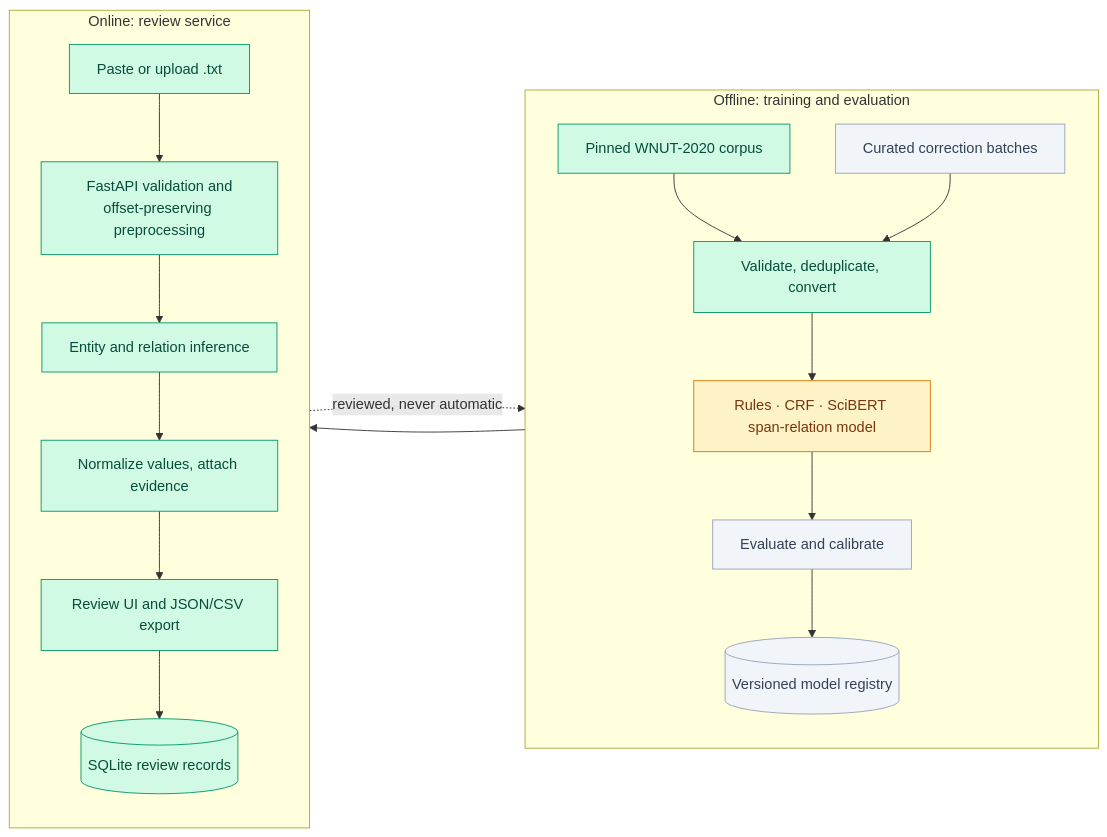
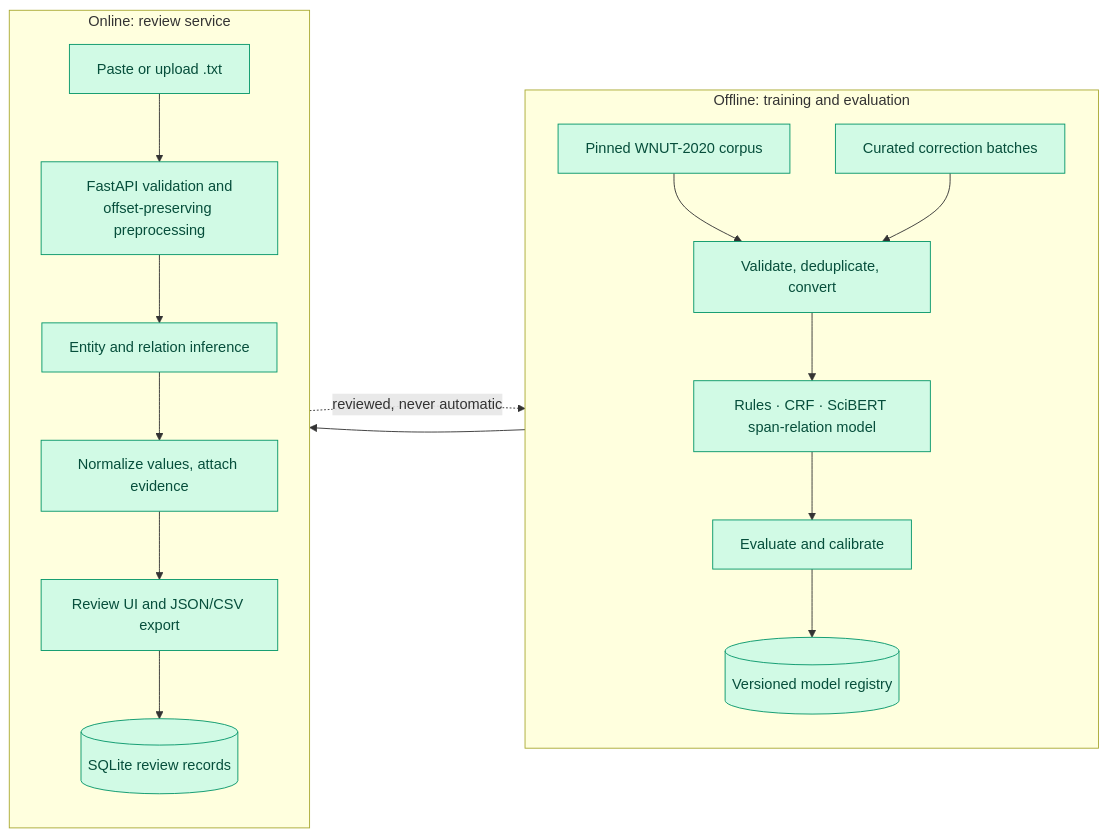
One commit to professor3333/ProtocolLedger changed the diagram in README.md. Above: the diagram before and after it, drawn with Mermaid. The commit also changed other lines of this file and 17 other files, not shown here.

````diff
--- a/README.md
+++ b/README.md
@@ -65,28 +65,26 @@
 ```mermaid
 flowchart LR
   subgraph OFF["Offline: training and evaluation"]
     direction TB
     A["Pinned WNUT-2020 corpus"] --> B["Validate, deduplicate, convert"]
     R["Curated correction batches"] --> B
     B --> C["Rules · CRF · SciBERT span-relation model"]
     C --> D["Evaluate and calibrate"]
     D --> E[("Versioned model registry")]
   end
   subgraph ON["Online: review service"]
     direction TB
     F["Paste or upload .txt"] --> G["FastAPI validation and<br/>offset-preserving preprocessing"]
     G --> H["Entity and relation inference"]
     H --> I["Normalize values, attach evidence"]
     I --> J["Review UI and JSON/CSV export"]
     J --> K[("SQLite review records")]
   end
   E --> H
   K -. "reviewed, never automatic" .-> R
 
   classDef done fill:#d1fae5,stroke:#059669,color:#064e3b
   classDef wip fill:#fef3c7,stroke:#d97706,color:#78350f
   classDef planned fill:#f1f5f9,stroke:#94a3b8,color:#334155
-  class A,B,F,G,H,I,J,K done
-  class C wip
-  class R,D,E planned
+  class A,B,C,D,E,F,G,H,I,J,K,R done
 ```
````
